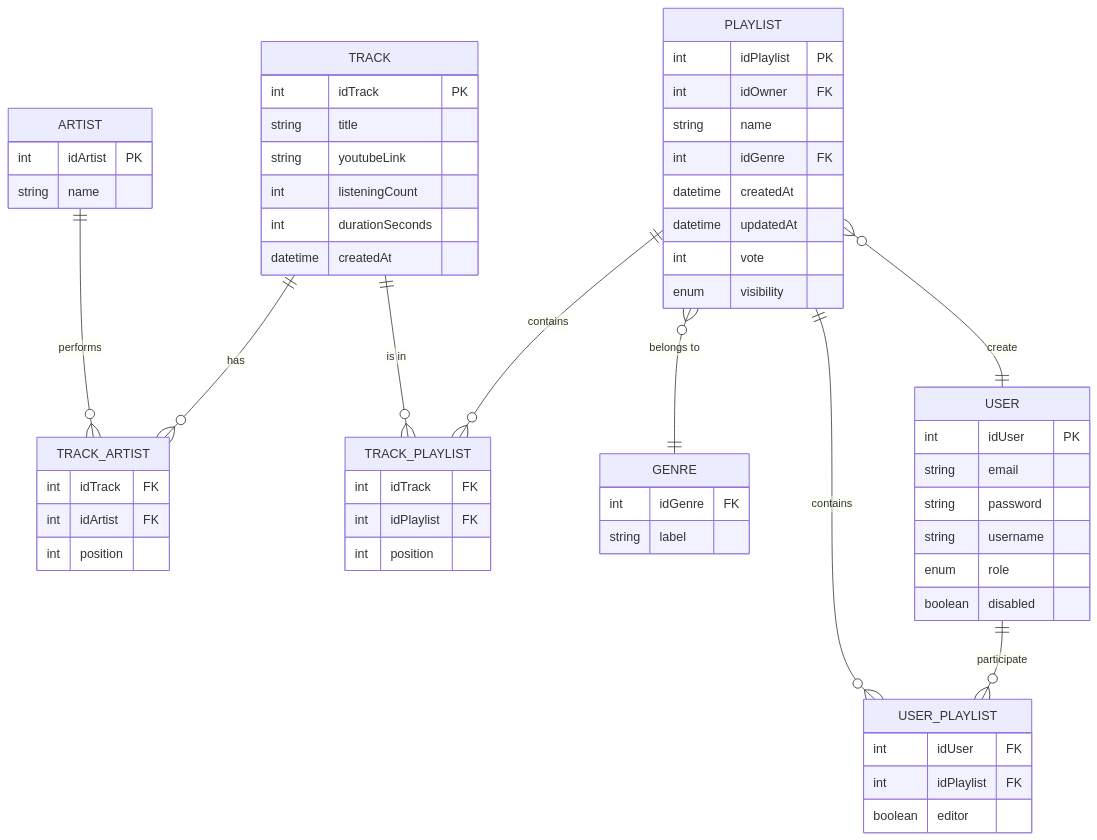
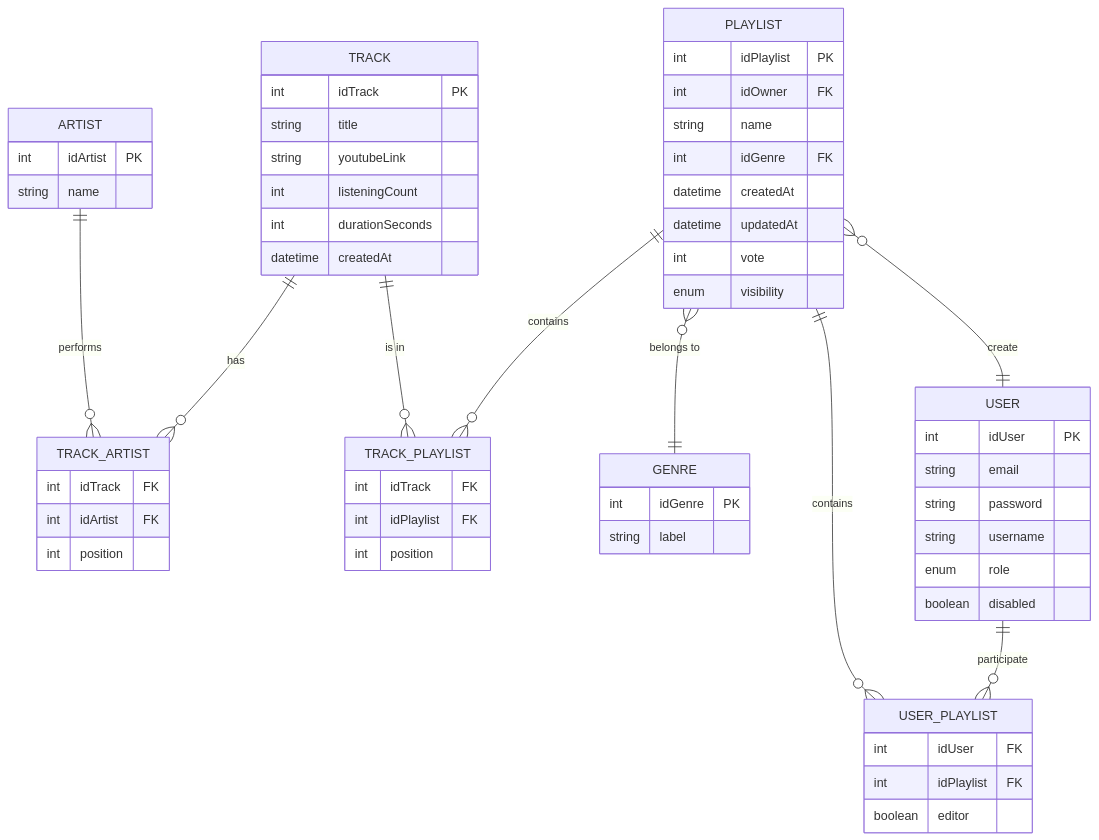
The diagram in documentation/mcd.md (DimMarr/doremix), drawn with Mermaid before and after one commit. The commit also changed 3 other files, not shown here.

````diff
--- a/documentation/mcd.md
+++ b/documentation/mcd.md
@@ -1,61 +1,61 @@
 ```mermaid
 erDiagram
     %% Relations
     TRACK ||--o{ TRACK_ARTIST : "has"
     ARTIST ||--o{ TRACK_ARTIST : "performs"
     PLAYLIST ||--o{ TRACK_PLAYLIST : "contains"
     TRACK ||--o{ TRACK_PLAYLIST : "is in"
     PLAYLIST }o--|| GENRE : "belongs to"
     USER ||--o{ USER_PLAYLIST : "participate"
     PLAYLIST ||--o{ USER_PLAYLIST : "contains"
     PLAYLIST }o--|| USER : "create"
     TRACK {
         int idTrack PK
         string title
         string youtubeLink
         int listeningCount
         int durationSeconds
         datetime createdAt
     }
     ARTIST {
         int idArtist PK
         string name
     }
     TRACK_ARTIST {
         int idTrack FK
         int idArtist FK
         int position
     }
     PLAYLIST {
         int idPlaylist PK
         int idOwner FK
         string name
         int idGenre FK
         datetime createdAt
         datetime updatedAt
         int vote
         enum visibility
     }
     GENRE {
-        int idGenre FK
+        int idGenre PK
         string label
     }
     TRACK_PLAYLIST {
         int idTrack FK
         int idPlaylist FK
         int position
     }
     USER {
         int idUser PK
         string email
         string password
         string username
         enum role
         boolean disabled
     }
     USER_PLAYLIST {
         int idUser FK
         int idPlaylist FK
         boolean editor
     }
 ```
````
